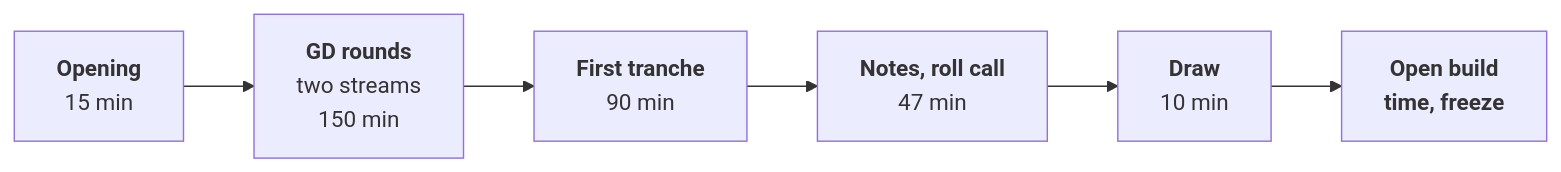
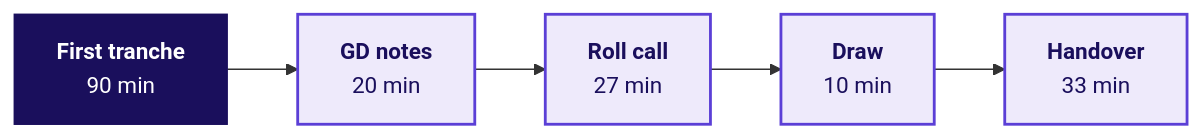
One commit to fde-academy-lab/c2-content-factory changed the second of 2 diagrams in content/W03/D5/trainer/C2_W03_D05_day_sheet_TRAINER.md. Above: the diagram before and after it, drawn with Mermaid. The commit also changed other lines of this file and 3 other files, not shown here.

````diff
--- a/content/W03/D5/trainer/C2_W03_D05_day_sheet_TRAINER.md
+++ b/content/W03/D5/trainer/C2_W03_D05_day_sheet_TRAINER.md
@@ -32,4 +101,8 @@
 ```mermaid
 flowchart LR
-    O["<b>Opening</b><br/>15 min"] --> G["<b>GD rounds</b><br/>two streams<br/>150 min"] --> K["<b>First tranche</b><br/>90 min"] --> N["<b>Notes, roll call</b><br/>47 min"] --> X["<b>Draw</b><br/>10 min"] --> F["<b>Open build<br/>time, freeze</b>"]
+    T["<b>First tranche</b><br/>90 min"] --> N["<b>GD notes</b><br/>20 min"] --> R["<b>Roll call</b><br/>27 min"] --> D["<b>Draw</b><br/>10 min"] --> S["<b>Handover</b><br/>33 min"]
+    classDef known fill:#EEEAFB,stroke:#5B3FD6,color:#1A0F5C,stroke-width:2px
+    classDef dark fill:#1A0F5C,stroke:#1A0F5C,color:#FFFFFF
+    class N,R,D,S known
+    class T dark
 ```
````
